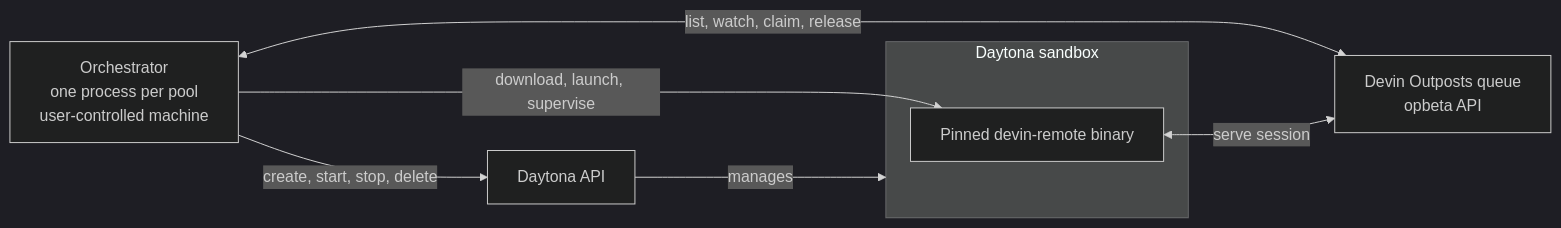
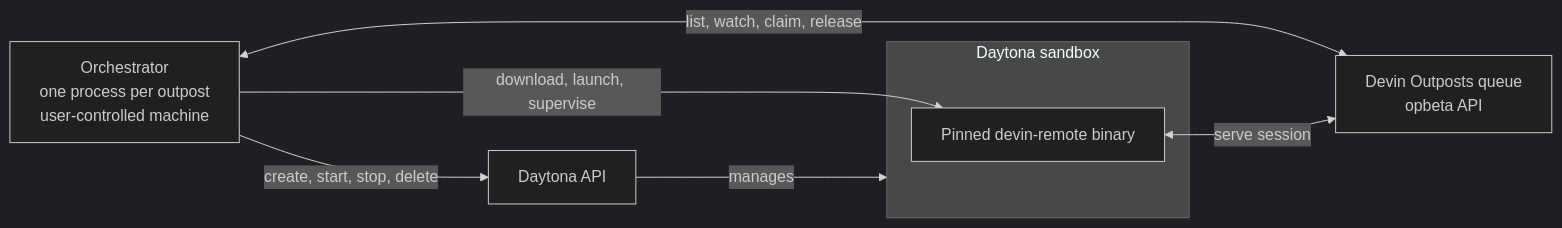
Before and after one commit to daytona/guides: the first of 3 diagrams in python/cognition/devin-outposts/docs/ARCHITECTURE.md, drawn with Mermaid (dark theme). The commit also changed other lines of this file and 12 other files, not shown here.

````diff
--- a/python/cognition/devin-outposts/docs/ARCHITECTURE.md
+++ b/python/cognition/devin-outposts/docs/ARCHITECTURE.md
@@ -7,15 +7,15 @@
 ```mermaid
 graph LR
-    O["Orchestrator<br/>one process per pool<br/>user-controlled machine"]
+    O["Orchestrator<br/>one process per outpost<br/>user-controlled machine"]
     Q["Devin Outposts queue<br/>opbeta API"]
     D["Daytona API"]
     subgraph S["Daytona sandbox"]
         R["Pinned devin-remote binary"]
     end
 
     O <-->|"list, watch, claim, release"| Q
     O -->|"create, start, stop, delete"| D
     D -->|"manages"| S
     O -->|"download, launch, supervise"| R
     R <-->|"serve session"| Q
 ```
````
